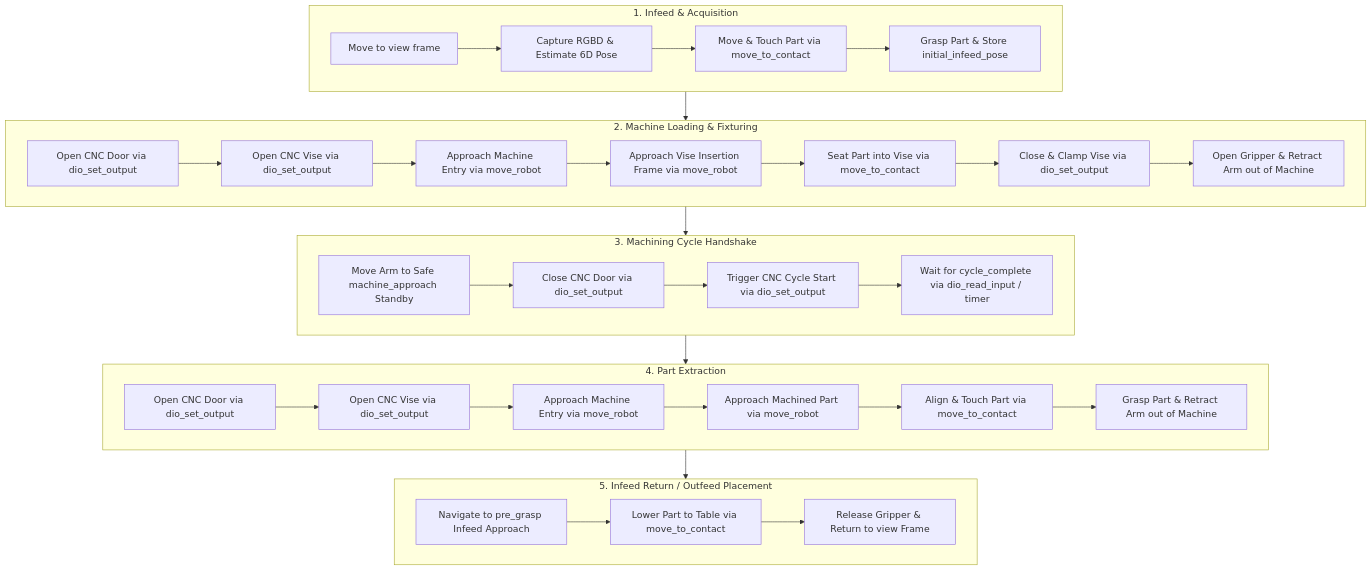
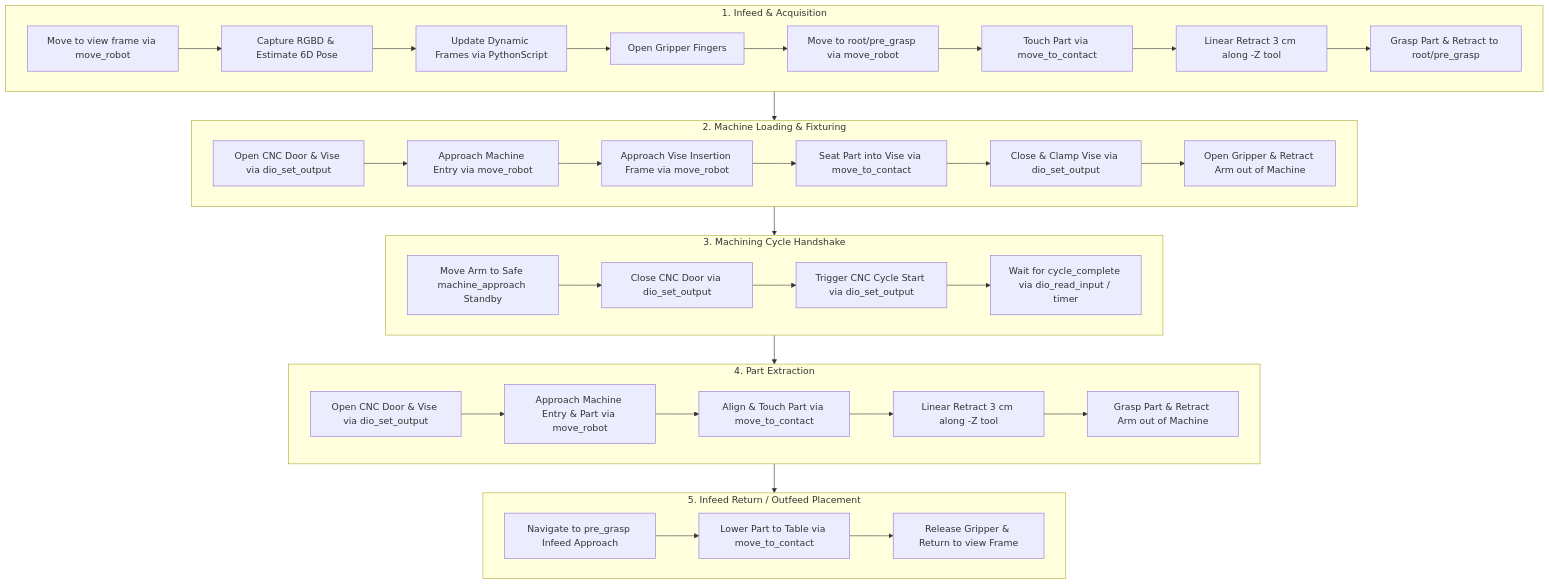
Before and after one commit to intrinsic-ai/intrinsic-omts: the diagram in README.md, drawn with Mermaid. The commit also changed other lines of this file and 12 other files, not shown here.

````diff
--- a/README.md
+++ b/README.md
@@ -20,41 +20,43 @@
 ```mermaid
 flowchart TD
     subgraph INFEED["1. Infeed & Acquisition"]
-        A1[Move to view frame] --> A2[Capture RGBD & Estimate 6D Pose]
-        A2 --> A3[Move & Touch Part via move_to_contact]
-        A3 --> A4[Grasp Part & Store initial_infeed_pose]
+        A1[Move to view frame via move_robot] --> A2[Capture RGBD & Estimate 6D Pose]
+        A2 --> A3[Update Dynamic Frames via PythonScript]
+        A3 --> A4[Open Gripper Fingers]
+        A4 --> A5[Move to root/pre_grasp via move_robot]
+        A5 --> A6[Touch Part via move_to_contact]
+        A6 --> A7[Linear Retract 3 cm along -Z tool]
+        A7 --> A8[Grasp Part & Retract to root/pre_grasp]
     end
 
     subgraph CNC_LOAD["2. Machine Loading & Fixturing"]
-        B1[Open CNC Door via dio_set_output] --> B2[Open CNC Vise via dio_set_output]
-        B2 --> B3[Approach Machine Entry via move_robot]
-        B3 --> B4[Approach Vise Insertion Frame via move_robot]
-        B4 --> B5[Seat Part into Vise via move_to_contact]
-        B5 --> B6[Close & Clamp Vise via dio_set_output]
-        B6 --> B7[Open Gripper & Retract Arm out of Machine]
+        B1[Open CNC Door & Vise via dio_set_output] --> B2[Approach Machine Entry via move_robot]
+        B2 --> B3[Approach Vise Insertion Frame via move_robot]
+        B3 --> B4[Seat Part into Vise via move_to_contact]
+        B4 --> B5[Close & Clamp Vise via dio_set_output]
+        B5 --> B6[Open Gripper & Retract Arm out of Machine]
     end
 
     subgraph MACHINING["3. Machining Cycle Handshake"]
         C1[Move Arm to Safe machine_approach Standby] --> C2[Close CNC Door via dio_set_output]
         C2 --> C3[Trigger CNC Cycle Start via dio_set_output]
         C3 --> C4[Wait for cycle_complete via dio_read_input / timer]
     end
 
     subgraph CNC_UNLOAD["4. Part Extraction"]
-        D1[Open CNC Door via dio_set_output] --> D2[Open CNC Vise via dio_set_output]
-        D2 --> D3[Approach Machine Entry via move_robot]
-        D3 --> D4[Approach Machined Part via move_robot]
-        D4 --> D5[Align & Touch Part via move_to_contact]
-        D5 --> D6[Grasp Part & Retract Arm out of Machine]
+        D1[Open CNC Door & Vise via dio_set_output] --> D2[Approach Machine Entry & Part via move_robot]
+        D2 --> D3[Align & Touch Part via move_to_contact]
+        D3 --> D4[Linear Retract 3 cm along -Z tool]
+        D4 --> D5[Grasp Part & Retract Arm out of Machine]
     end
 
     subgraph OUTFEED["5. Infeed Return / Outfeed Placement"]
         E1[Navigate to pre_grasp Infeed Approach] --> E2[Lower Part to Table via move_to_contact]
         E2 --> E3[Release Gripper & Return to view Frame]
     end
 
     INFEED --> CNC_LOAD
     CNC_LOAD --> MACHINING
     MACHINING --> CNC_UNLOAD
     CNC_UNLOAD --> OUTFEED
 ```
````
